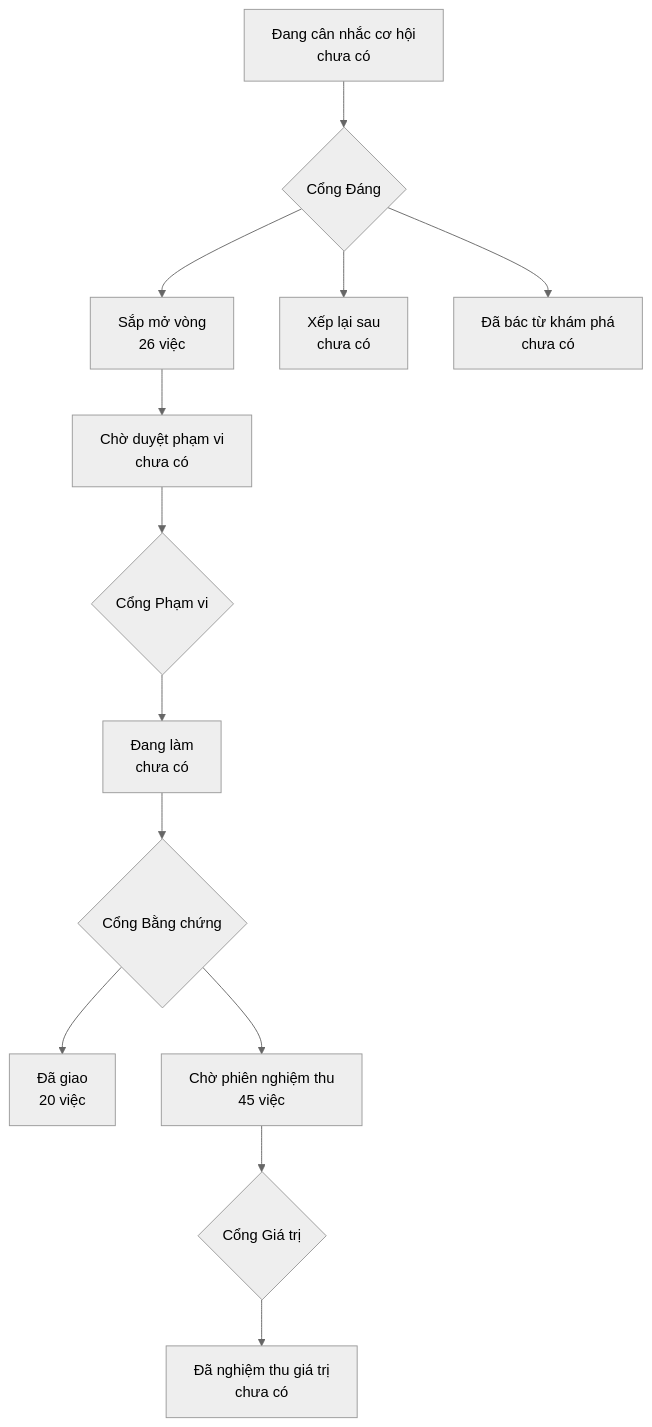
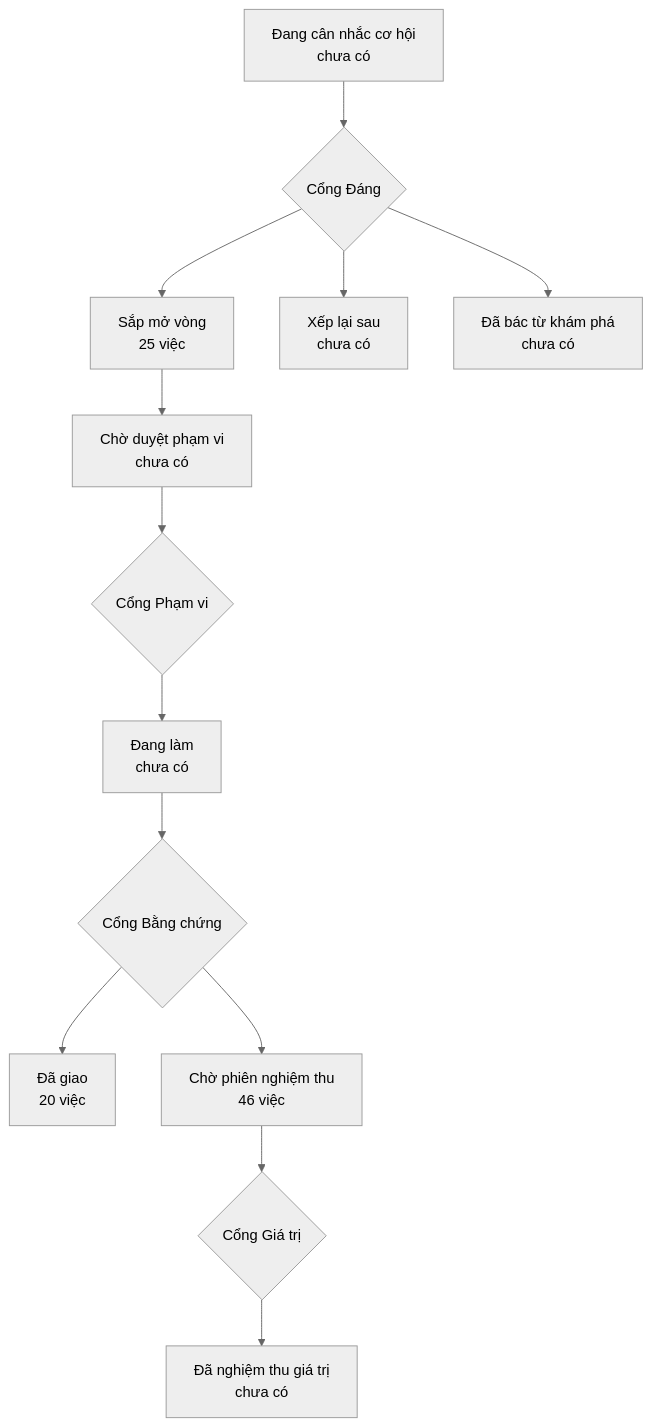
One commit to phanlemanh/onehub-quy-hang changed the diagram in PRODUCT-MAP.md. Above: the diagram before and after it, drawn with Mermaid (neutral theme). The commit also changed 1 other file, not shown here.

Commit message:
chore: vẽ lại bản đồ sau khi gộp main

````diff
--- a/PRODUCT-MAP.md
+++ b/PRODUCT-MAP.md
@@ -7,12 +7,12 @@
 ```mermaid
 flowchart TD
   A["Đang cân nhắc cơ hội<br/>chưa có"] --> GD{"Cổng Đáng"}
-  GD --> B["Sắp mở vòng<br/>26 việc"]
+  GD --> B["Sắp mở vòng<br/>25 việc"]
   GD --> XL["Xếp lại sau<br/>chưa có"]
   GD --> DB["Đã bác từ khám phá<br/>chưa có"]
   B --> CD["Chờ duyệt phạm vi<br/>chưa có"] --> GP{"Cổng Phạm vi"}
   GP --> DL["Đang làm<br/>chưa có"] --> GB{"Cổng Bằng chứng"}
   GB --> DG["Đã giao<br/>20 việc"]
-  GB --> CN["Chờ phiên nghiệm thu<br/>45 việc"] --> GG{"Cổng Giá trị"}
+  GB --> CN["Chờ phiên nghiệm thu<br/>46 việc"] --> GG{"Cổng Giá trị"}
   GG --> NT["Đã nghiệm thu giá trị<br/>chưa có"]
 ```
````
